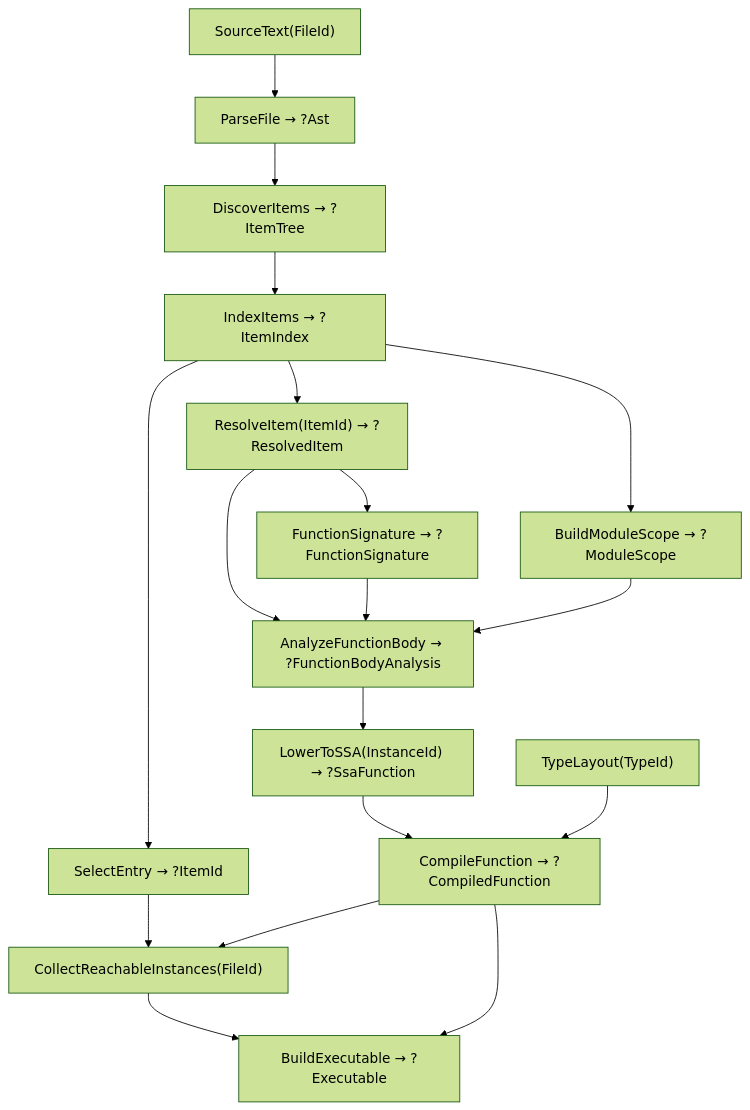
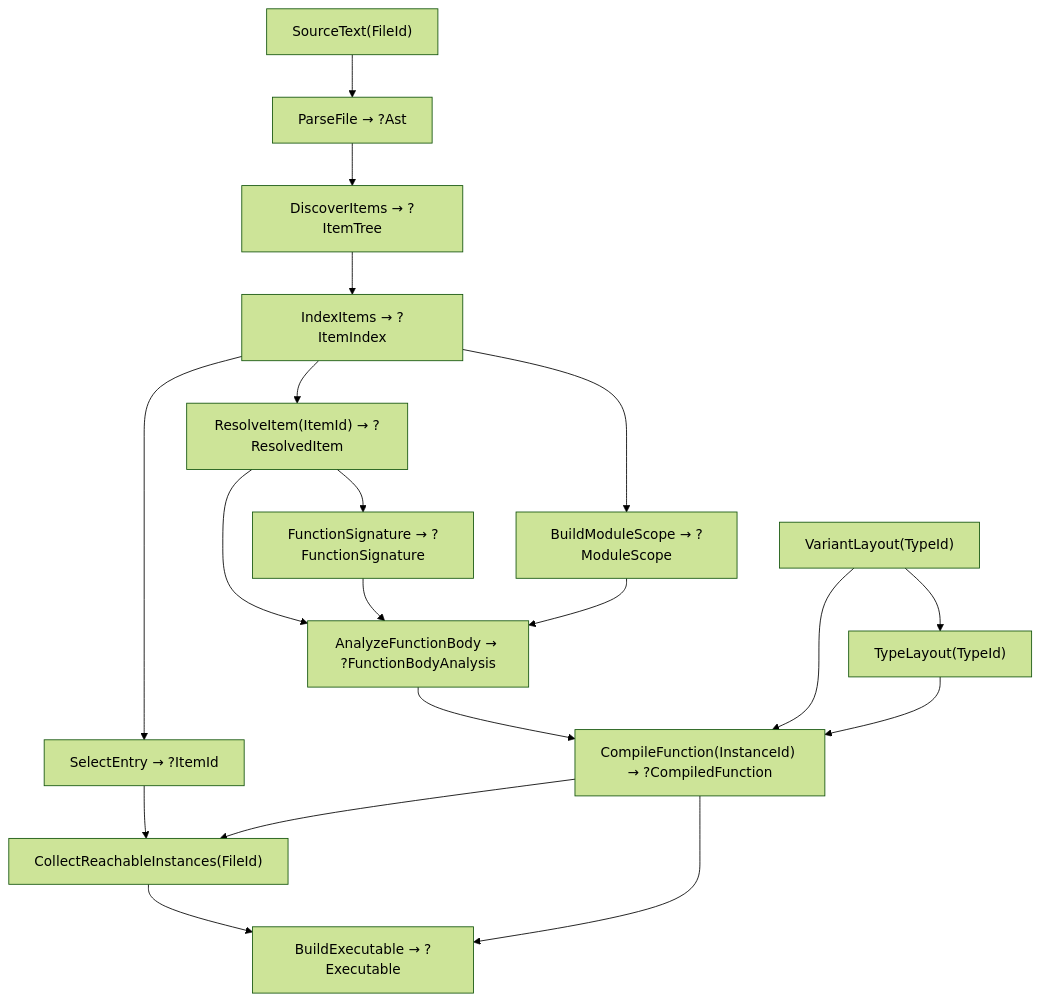
Before and after one commit to Pippepot/chimera-lang: the diagram in PROGRAM_FLOW.md, drawn with Mermaid (forest theme). The commit also changed other lines of this file and 17 other files, not shown here.

````diff
--- a/PROGRAM_FLOW.md
+++ b/PROGRAM_FLOW.md
@@ -9,20 +9,21 @@
 ```mermaid
 flowchart TD
     ST["SourceText(FileId)"] --> PF["ParseFile → ?Ast"]
     PF --> DI["DiscoverItems → ?ItemTree"]
     DI --> IX["IndexItems → ?ItemIndex"]
     IX --> SE["SelectEntry → ?ItemId"]
     IX --> MS["BuildModuleScope → ?ModuleScope"]
     IX --> RI["ResolveItem(ItemId) → ?ResolvedItem"]
     RI --> FS["FunctionSignature → ?FunctionSignature"]
     RI --> AB["AnalyzeFunctionBody → ?FunctionBodyAnalysis"]
     FS --> AB
     MS --> AB
-    AB --> SSA["LowerToSSA(InstanceId) → ?SsaFunction"]
-    SSA --> CF["CompileFunction → ?CompiledFunction"]
-    TL["TypeLayout(TypeId)"] --> CF
+    AB --> CF["CompileFunction(InstanceId) → ?CompiledFunction"]
+    VL["VariantLayout(TypeId)"] --> TL["TypeLayout(TypeId)"]
+    VL --> CF
+    TL --> CF
     SE --> CR["CollectReachableInstances(FileId)"]
     CF --> CR
     CR --> BE["BuildExecutable → ?Executable"]
     CF --> BE
 ```
````
